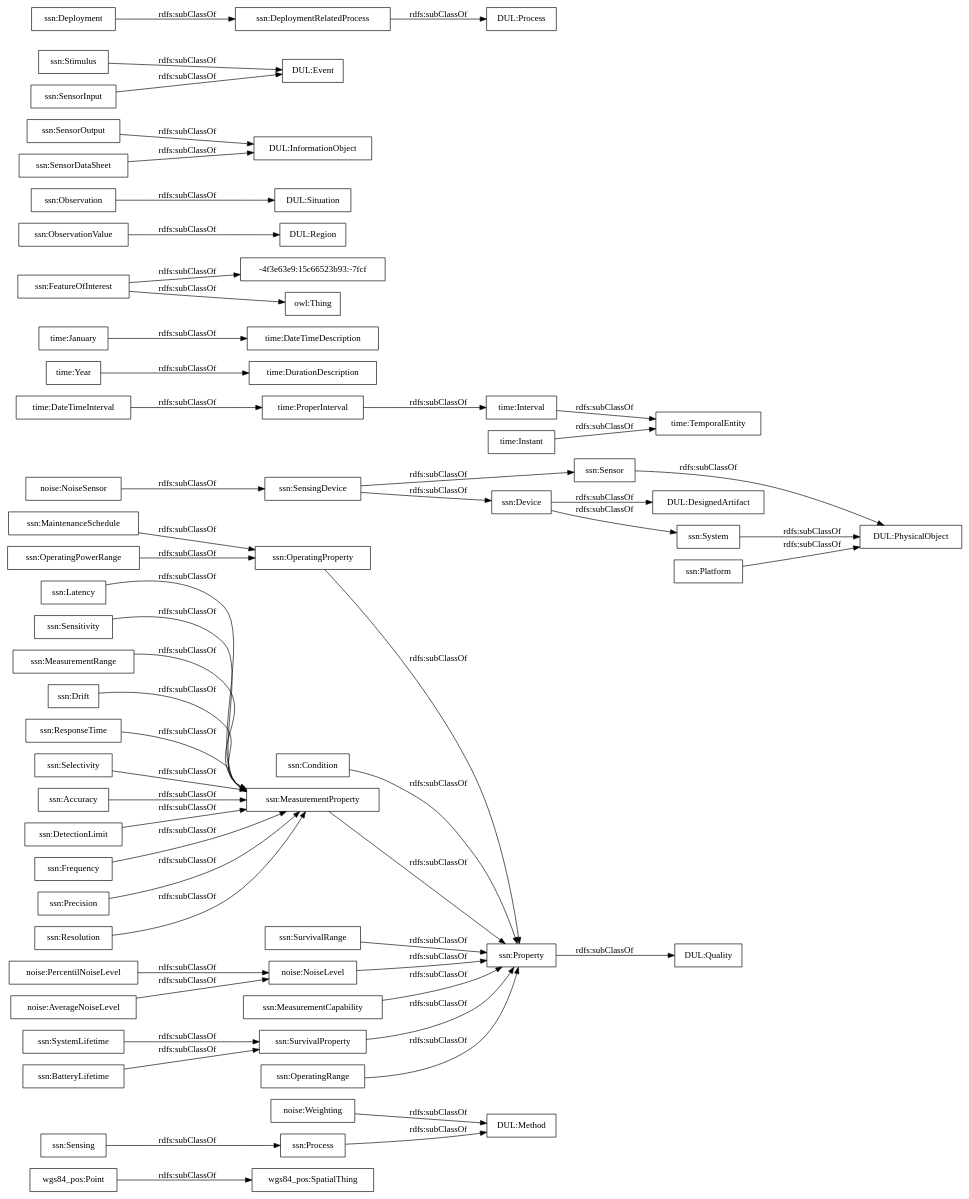
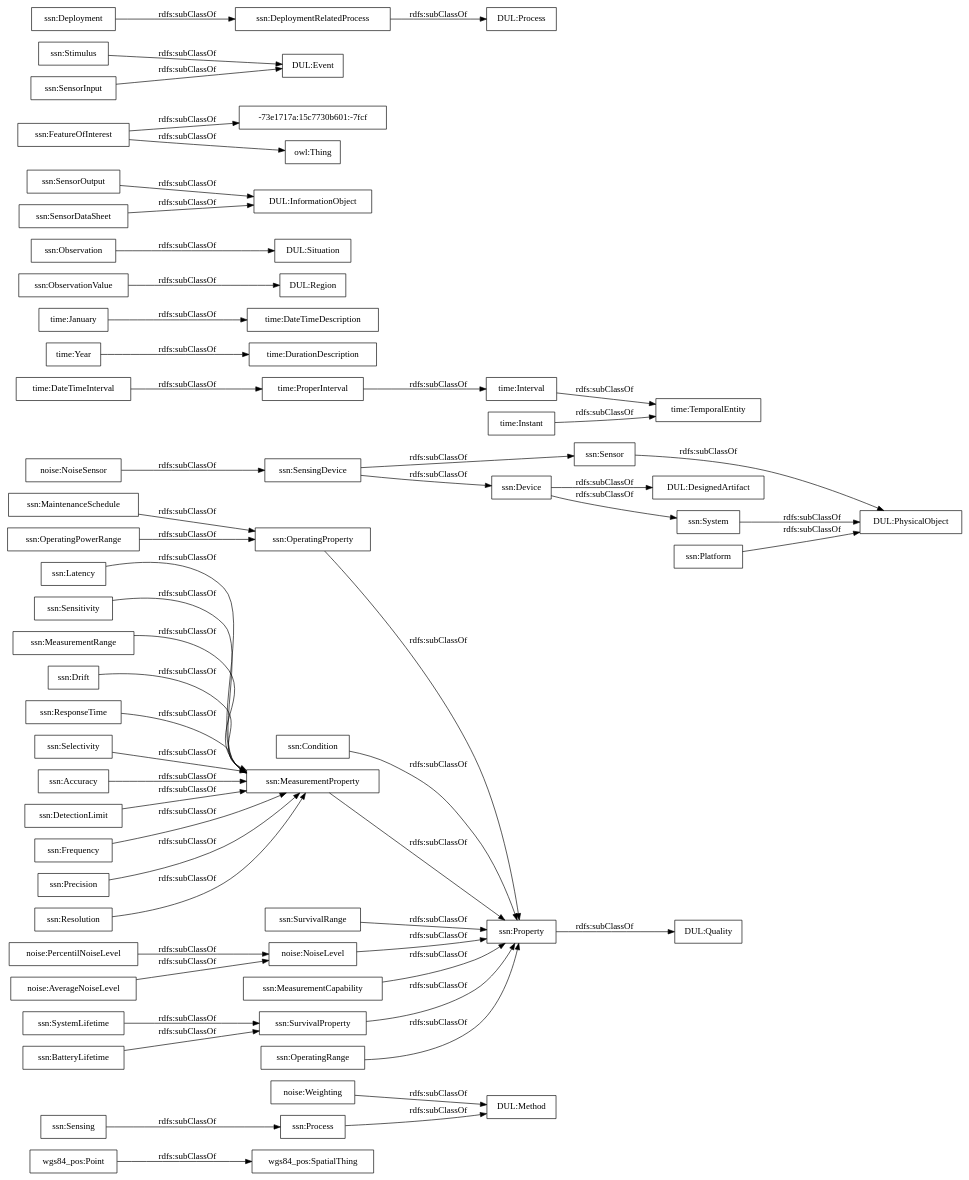
One commit to opencitydata/vocab-medio-ambiente-contaminacion-acustica changed the diagram in OnToology/contaminacion-acustica.owl/diagrams/ar2dtool-taxonomy/contaminacion-acustica.owl.png.dot. Above: the diagram before and after it, drawn with Graphviz. The commit also changed 6 other files, not shown here.

```diff
--- a/OnToology/contaminacion-acustica.owl/diagrams/ar2dtool-taxonomy/contaminacion-acustica.owl.png.dot
+++ b/OnToology/contaminacion-acustica.owl/diagrams/ar2dtool-taxonomy/contaminacion-acustica.owl.png.dot
@@ -1,60 +1,60 @@
 digraph ar2dtool_diagram { 
 rankdir=LR;
 size="1000"
-node [shape = rectangle, color="black"]; "wgs84_pos:SpatialThing" "wgs84_pos:Point" "noise:Weighting" "noise:PercentilNoiseLevel" "noise:NoiseSensor" "noise:NoiseLevel" "noise:AverageNoiseLevel" "time:DateTimeInterval" "time:DurationDescription" "time:January" "time:ProperInterval" "time:Interval" "time:TemporalEntity" "time:Year" "time:DateTimeDescription" "time:Instant" "-4f3e63e9:15c66523b93:-7fcf" "ssn:Accuracy" "ssn:DetectionLimit" "ssn:Frequency" "ssn:Condition" "DUL:Region" "DUL:Situation" "DUL:PhysicalObject" "ssn:SensorOutput" "ssn:Precision" "ssn:Resolution" "DUL:Quality" "ssn:FeatureOfInterest" "ssn:Sensor" "DUL:InformationObject" "ssn:OperatingProperty" "DUL:Event" "ssn:OperatingPowerRange" "DUL:Method" "ssn:MaintenanceSchedule" "ssn:Sensing" "ssn:Latency" "ssn:SurvivalRange" "ssn:SensingDevice" "DUL:DesignedArtifact" "ssn:Sensitivity" "ssn:Stimulus" "DUL:Process" "ssn:MeasurementRange" "ssn:System" "ssn:SystemLifetime" "ssn:Property" "ssn:MeasurementProperty" "ssn:Process" "ssn:Deployment" "ssn:MeasurementCapability" "ssn:BatteryLifetime" "ssn:Drift" "ssn:DeploymentRelatedProcess" "ssn:SensorInput" "ssn:ResponseTime" "ssn:ObservationValue" "ssn:SensorDataSheet" "ssn:Observation" "ssn:Selectivity" "ssn:SurvivalProperty" "ssn:Device" "ssn:OperatingRange" "ssn:Platform" ; /*classes style*/
+node [shape = rectangle, color="black"]; "wgs84_pos:SpatialThing" "wgs84_pos:Point" "noise:Weighting" "noise:PercentilNoiseLevel" "noise:NoiseSensor" "noise:NoiseLevel" "noise:AverageNoiseLevel" "time:DateTimeInterval" "time:DurationDescription" "time:January" "time:ProperInterval" "time:Interval" "time:TemporalEntity" "time:Year" "time:DateTimeDescription" "time:Instant" "ssn:Accuracy" "ssn:DetectionLimit" "ssn:Frequency" "ssn:Condition" "DUL:Region" "DUL:Situation" "DUL:PhysicalObject" "ssn:SensorOutput" "ssn:Precision" "ssn:Resolution" "DUL:Quality" "ssn:FeatureOfInterest" "ssn:Sensor" "DUL:InformationObject" "ssn:OperatingProperty" "DUL:Event" "ssn:OperatingPowerRange" "DUL:Method" "ssn:MaintenanceSchedule" "ssn:Sensing" "ssn:Latency" "ssn:SurvivalRange" "ssn:SensingDevice" "DUL:DesignedArtifact" "ssn:Sensitivity" "ssn:Stimulus" "-73e1717a:15c7730b601:-7fcf" "DUL:Process" "ssn:MeasurementRange" "ssn:System" "ssn:SystemLifetime" "ssn:Property" "ssn:MeasurementProperty" "ssn:Process" "ssn:Deployment" "ssn:MeasurementCapability" "ssn:BatteryLifetime" "ssn:Drift" "ssn:DeploymentRelatedProcess" "ssn:SensorInput" "ssn:ResponseTime" "ssn:ObservationValue" "ssn:SensorDataSheet" "ssn:Observation" "ssn:Selectivity" "ssn:SurvivalProperty" "ssn:Device" "ssn:OperatingRange" "ssn:Platform" ; /*classes style*/
 	"noise:AverageNoiseLevel" -> "noise:NoiseLevel" [ label = "rdfs:subClassOf" ];
 	"ssn:Deployment" -> "ssn:DeploymentRelatedProcess" [ label = "rdfs:subClassOf" ];
 	"ssn:SensingDevice" -> "ssn:Sensor" [ label = "rdfs:subClassOf" ];
 	"ssn:SensingDevice" -> "ssn:Device" [ label = "rdfs:subClassOf" ];
 	"ssn:DeploymentRelatedProcess" -> "DUL:Process" [ label = "rdfs:subClassOf" ];
 	"ssn:Accuracy" -> "ssn:MeasurementProperty" [ label = "rdfs:subClassOf" ];
 	"time:Instant" -> "time:TemporalEntity" [ label = "rdfs:subClassOf" ];
 	"ssn:FeatureOfInterest" -> "owl:Thing" [ label = "rdfs:subClassOf" ];
-	"ssn:FeatureOfInterest" -> "-4f3e63e9:15c66523b93:-7fcf" [ label = "rdfs:subClassOf" ];
+	"ssn:FeatureOfInterest" -> "-73e1717a:15c7730b601:-7fcf" [ label = "rdfs:subClassOf" ];
 	"ssn:Latency" -> "ssn:MeasurementProperty" [ label = "rdfs:subClassOf" ];
 	"ssn:Process" -> "DUL:Method" [ label = "rdfs:subClassOf" ];
 	"noise:Weighting" -> "DUL:Method" [ label = "rdfs:subClassOf" ];
 	"time:ProperInterval" -> "time:Interval" [ label = "rdfs:subClassOf" ];
 	"ssn:Property" -> "DUL:Quality" [ label = "rdfs:subClassOf" ];
 	"ssn:MeasurementProperty" -> "ssn:Property" [ label = "rdfs:subClassOf" ];
 	"wgs84_pos:Point" -> "wgs84_pos:SpatialThing" [ label = "rdfs:subClassOf" ];
 	"ssn:ResponseTime" -> "ssn:MeasurementProperty" [ label = "rdfs:subClassOf" ];
 	"ssn:OperatingRange" -> "ssn:Property" [ label = "rdfs:subClassOf" ];
 	"noise:NoiseLevel" -> "ssn:Property" [ label = "rdfs:subClassOf" ];
 	"ssn:MeasurementRange" -> "ssn:MeasurementProperty" [ label = "rdfs:subClassOf" ];
 	"ssn:Stimulus" -> "DUL:Event" [ label = "rdfs:subClassOf" ];
 	"ssn:SurvivalProperty" -> "ssn:Property" [ label = "rdfs:subClassOf" ];
 	"ssn:MaintenanceSchedule" -> "ssn:OperatingProperty" [ label = "rdfs:subClassOf" ];
 	"ssn:SensorInput" -> "DUL:Event" [ label = "rdfs:subClassOf" ];
 	"ssn:Sensitivity" -> "ssn:MeasurementProperty" [ label = "rdfs:subClassOf" ];
 	"ssn:Drift" -> "ssn:MeasurementProperty" [ label = "rdfs:subClassOf" ];
 	"ssn:System" -> "DUL:PhysicalObject" [ label = "rdfs:subClassOf" ];
 	"ssn:Resolution" -> "ssn:MeasurementProperty" [ label = "rdfs:subClassOf" ];
 	"ssn:Precision" -> "ssn:MeasurementProperty" [ label = "rdfs:subClassOf" ];
 	"noise:PercentilNoiseLevel" -> "noise:NoiseLevel" [ label = "rdfs:subClassOf" ];
 	"ssn:DetectionLimit" -> "ssn:MeasurementProperty" [ label = "rdfs:subClassOf" ];
 	"time:DateTimeInterval" -> "time:ProperInterval" [ label = "rdfs:subClassOf" ];
 	"ssn:Sensor" -> "DUL:PhysicalObject" [ label = "rdfs:subClassOf" ];
 	"ssn:SensorDataSheet" -> "DUL:InformationObject" [ label = "rdfs:subClassOf" ];
 	"ssn:OperatingPowerRange" -> "ssn:OperatingProperty" [ label = "rdfs:subClassOf" ];
 	"time:Interval" -> "time:TemporalEntity" [ label = "rdfs:subClassOf" ];
 	"noise:NoiseSensor" -> "ssn:SensingDevice" [ label = "rdfs:subClassOf" ];
 	"time:January" -> "time:DateTimeDescription" [ label = "rdfs:subClassOf" ];
 	"ssn:ObservationValue" -> "DUL:Region" [ label = "rdfs:subClassOf" ];
 	"ssn:Device" -> "DUL:DesignedArtifact" [ label = "rdfs:subClassOf" ];
 	"ssn:Device" -> "ssn:System" [ label = "rdfs:subClassOf" ];
 	"ssn:Platform" -> "DUL:PhysicalObject" [ label = "rdfs:subClassOf" ];
 	"time:Year" -> "time:DurationDescription" [ label = "rdfs:subClassOf" ];
 	"ssn:OperatingProperty" -> "ssn:Property" [ label = "rdfs:subClassOf" ];
 	"ssn:Selectivity" -> "ssn:MeasurementProperty" [ label = "rdfs:subClassOf" ];
 	"ssn:BatteryLifetime" -> "ssn:SurvivalProperty" [ label = "rdfs:subClassOf" ];
 	"ssn:Observation" -> "DUL:Situation" [ label = "rdfs:subClassOf" ];
 	"ssn:Sensing" -> "ssn:Process" [ label = "rdfs:subClassOf" ];
 	"ssn:SystemLifetime" -> "ssn:SurvivalProperty" [ label = "rdfs:subClassOf" ];
 	"ssn:SurvivalRange" -> "ssn:Property" [ label = "rdfs:subClassOf" ];
 	"ssn:Frequency" -> "ssn:MeasurementProperty" [ label = "rdfs:subClassOf" ];
 	"ssn:SensorOutput" -> "DUL:InformationObject" [ label = "rdfs:subClassOf" ];
 	"ssn:Condition" -> "ssn:Property" [ label = "rdfs:subClassOf" ];
 	"ssn:MeasurementCapability" -> "ssn:Property" [ label = "rdfs:subClassOf" ];
 
 }
```
